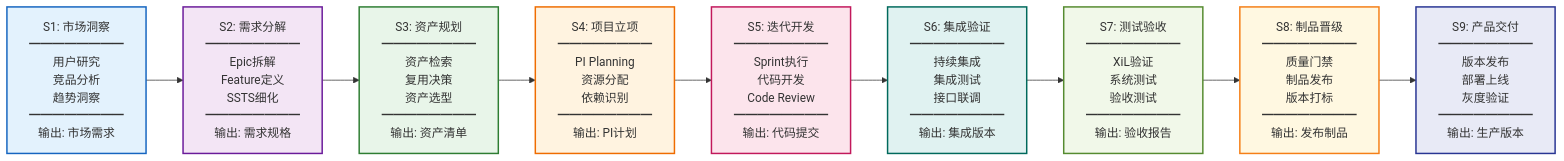
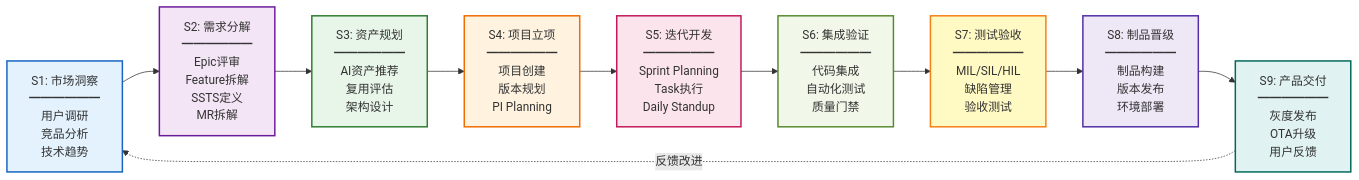
Before and after one commit to zjx-immersion/auto-rd-platform-prototype: the ninth of 30 diagrams in platform-design/AUTO_RD_PLATFORM_DESIGN_MERMAID.md, drawn with Mermaid. The commit also changed other lines of this file, not shown here.

````diff
--- a/platform-design/AUTO_RD_PLATFORM_DESIGN_MERMAID.md
+++ b/platform-design/AUTO_RD_PLATFORM_DESIGN_MERMAID.md
@@ -425,28 +372,30 @@
 ```mermaid
 graph LR
-    S1[S1: 市场洞察<br/>━━━━━━━━<br/>用户研究<br/>竞品分析<br/>趋势洞察<br/>━━━━━━━━<br/>输出: 市场需求] --> S2[S2: 需求分解<br/>━━━━━━━━<br/>Epic拆解<br/>Feature定义<br/>SSTS细化<br/>━━━━━━━━<br/>输出: 需求规格]
-
-    S2 --> S3[S3: 资产规划<br/>━━━━━━━━<br/>资产检索<br/>复用决策<br/>资产选型<br/>━━━━━━━━<br/>输出: 资产清单]
-
-    S3 --> S4[S4: 项目立项<br/>━━━━━━━━<br/>PI Planning<br/>资源分配<br/>依赖识别<br/>━━━━━━━━<br/>输出: PI计划]
-
-    S4 --> S5[S5: 迭代开发<br/>━━━━━━━━<br/>Sprint执行<br/>代码开发<br/>Code Review<br/>━━━━━━━━<br/>输出: 代码提交]
-
-    S5 --> S6[S6: 集成验证<br/>━━━━━━━━<br/>持续集成<br/>集成测试<br/>接口联调<br/>━━━━━━━━<br/>输出: 集成版本]
-
-    S6 --> S7[S7: 测试验收<br/>━━━━━━━━<br/>XiL验证<br/>系统测试<br/>验收测试<br/>━━━━━━━━<br/>输出: 验收报告]
-
-    S7 --> S8[S8: 制品晋级<br/>━━━━━━━━<br/>质量门禁<br/>制品发布<br/>版本打标<br/>━━━━━━━━<br/>输出: 发布制品]
-
-    S8 --> S9[S9: 产品交付<br/>━━━━━━━━<br/>版本发布<br/>部署上线<br/>灰度验证<br/>━━━━━━━━<br/>输出: 生产版本]
+    S1[S1: 市场洞察<br/>━━━━━━<br/>用户调研<br/>竞品分析<br/>技术趋势] --> S2[S2: 需求分解<br/>━━━━━━<br/>Epic评审<br/>Feature拆解<br/>SSTS定义<br/>MR拆解]
+    
+    S2 --> S3[S3: 资产规划<br/>━━━━━━<br/>AI资产推荐<br/>复用评估<br/>架构设计]
+    
+    S3 --> S4[S4: 项目立项<br/>━━━━━━<br/>项目创建<br/>版本规划<br/>PI Planning]
+    
+    S4 --> S5[S5: 迭代开发<br/>━━━━━━<br/>Sprint Planning<br/>Task执行<br/>Daily Standup]
+    
+    S5 --> S6[S6: 集成验证<br/>━━━━━━<br/>代码集成<br/>自动化测试<br/>质量门禁]
+    
+    S6 --> S7[S7: 测试验收<br/>━━━━━━<br/>MIL/SIL/HIL<br/>缺陷管理<br/>验收测试]
+    
+    S7 --> S8[S8: 制品晋级<br/>━━━━━━<br/>制品构建<br/>版本发布<br/>环境部署]
+    
+    S8 --> S9[S9: 产品交付<br/>━━━━━━<br/>灰度发布<br/>OTA升级<br/>用户反馈]
+    
+    S9 -.反馈改进.-> S1
 
     style S1 fill:#e3f2fd,stroke:#1565c0,stroke-width:2px
     style S2 fill:#f3e5f5,stroke:#6a1b9a,stroke-width:2px
     style S3 fill:#e8f5e9,stroke:#2e7d32,stroke-width:2px
     style S4 fill:#fff3e0,stroke:#ef6c00,stroke-width:2px
     style S5 fill:#fce4ec,stroke:#c2185b,stroke-width:2px
-    style S6 fill:#e0f2f1,stroke:#00695c,stroke-width:2px
-    style S7 fill:#f1f8e9,stroke:#558b2f,stroke-width:2px
-    style S8 fill:#fff8e1,stroke:#f57f17,stroke-width:2px
-    style S9 fill:#e8eaf6,stroke:#283593,stroke-width:2px
+    style S6 fill:#f1f8e9,stroke:#558b2f,stroke-width:2px
+    style S7 fill:#fff9c4,stroke:#f57f17,stroke-width:2px
+    style S8 fill:#ede7f6,stroke:#512da8,stroke-width:2px
+    style S9 fill:#e0f2f1,stroke:#00695c,stroke-width:2px
 ```
````
